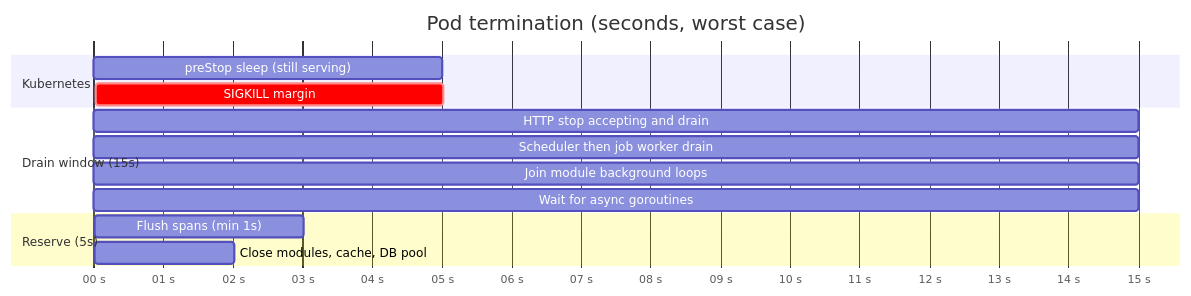
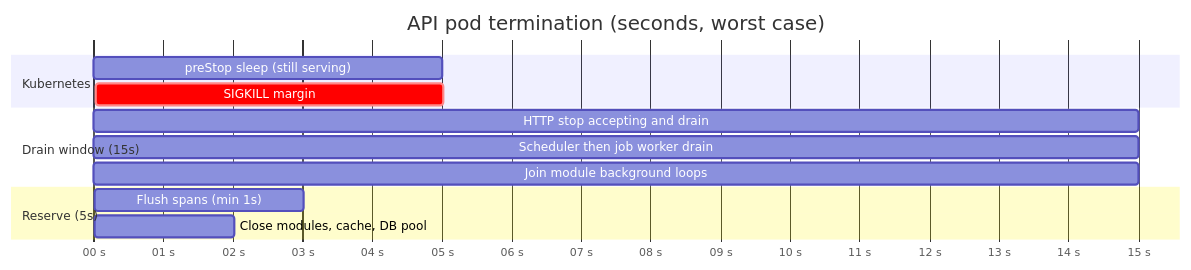
One commit to chuanghiduoc/fiber-golang-boilerplate changed the ninth of 9 diagrams in docs/operations.md. Above: the diagram before and after it, drawn with Mermaid. The commit also changed other lines of this file and 911 other files, not shown here.

````diff
--- a/docs/operations.md
+++ b/docs/operations.md
@@ -1611,17 +1668,16 @@
 ```mermaid
 gantt
-    title Pod termination (seconds, worst case)
+    title API pod termination (seconds, worst case)
     dateFormat X
     axisFormat %S s
     section Kubernetes
     preStop sleep (still serving)       :pre, 0, 5s
     SIGKILL margin                      :crit, margin, 25, 5s
     section Drain window (15s)
     HTTP stop accepting and drain       :http, 5, 15s
     Scheduler then job worker drain     :work, 5, 15s
     Join module background loops        :loops, 5, 15s
-    Wait for async goroutines           :async, 5, 15s
     section Reserve (5s)
     Flush spans (min 1s)                :trace, 20, 3s
     Close modules, cache, DB pool       :close, 23, 2s
 ```
````
